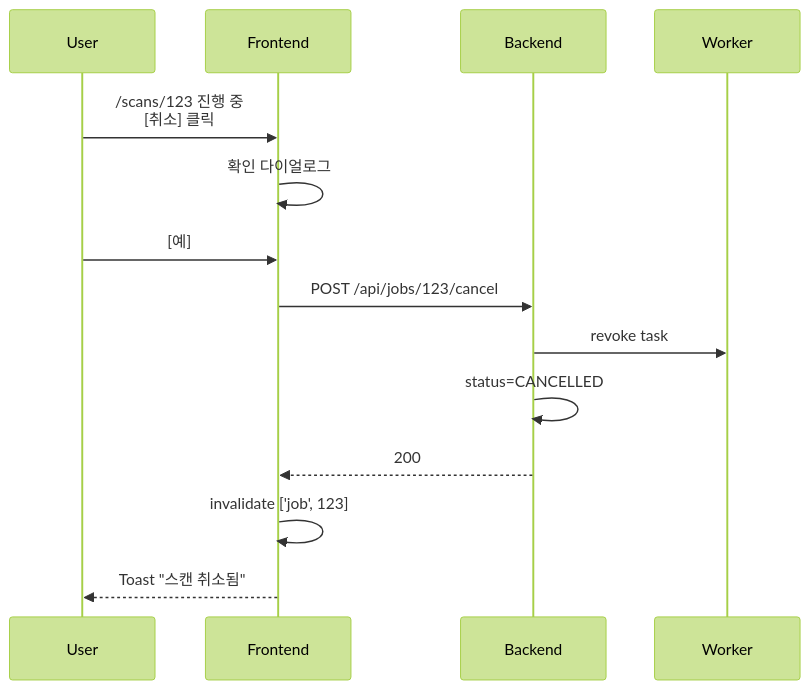
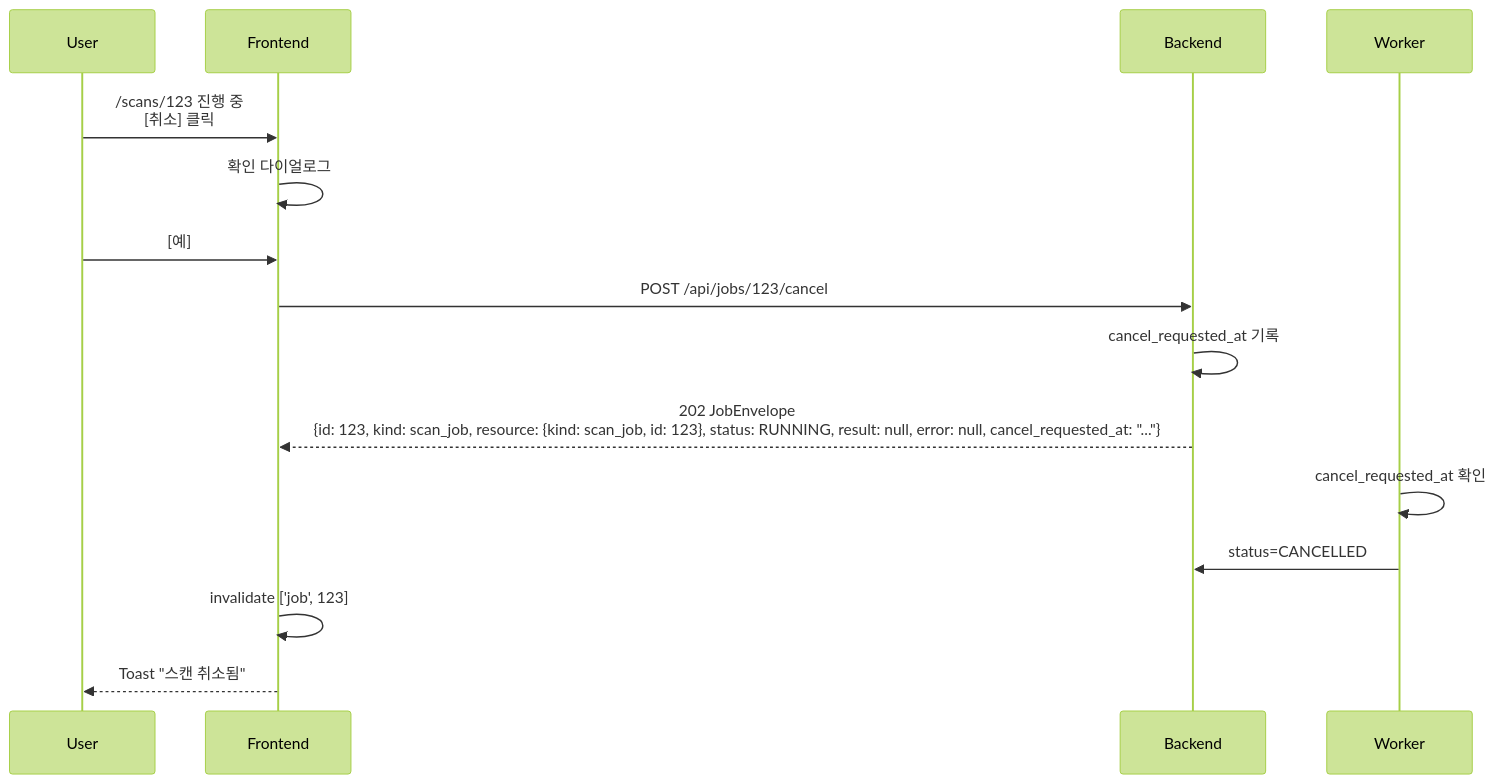
Before and after one commit to ehdgks0627/crypto-scanner: the fifth of 11 diagrams in docs/10-ux-flows.md, drawn with Mermaid (forest theme). The commit also changed other lines of this file and 41 other files, not shown here.

````diff
--- a/docs/10-ux-flows.md
+++ b/docs/10-ux-flows.md
@@ -237,17 +237,18 @@
 ```mermaid
 sequenceDiagram
     participant U as User
     participant F as Frontend
     participant B as Backend
     participant W as Worker
 
     U->>F: /scans/123 진행 중<br/>[취소] 클릭
     F->>F: 확인 다이얼로그
     U->>F: [예]
     F->>B: POST /api/jobs/123/cancel
-    B->>W: revoke task
-    B->>B: status=CANCELLED
-    B-->>F: 200
+    B->>B: cancel_requested_at 기록
+    B-->>F: 202 JobEnvelope<br/>{id: 123, kind: scan_job, resource: {kind: scan_job, id: 123}, status: RUNNING, result: null, error: null, cancel_requested_at: "..."}
+    W->>W: cancel_requested_at 확인
+    W->>B: status=CANCELLED
     F->>F: invalidate ['job', 123]
     F-->>U: Toast "스캔 취소됨"
 ```
````
